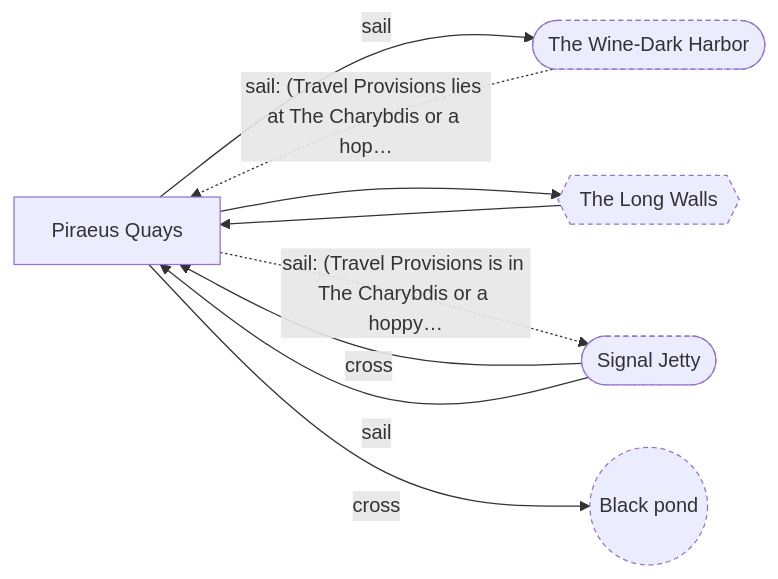
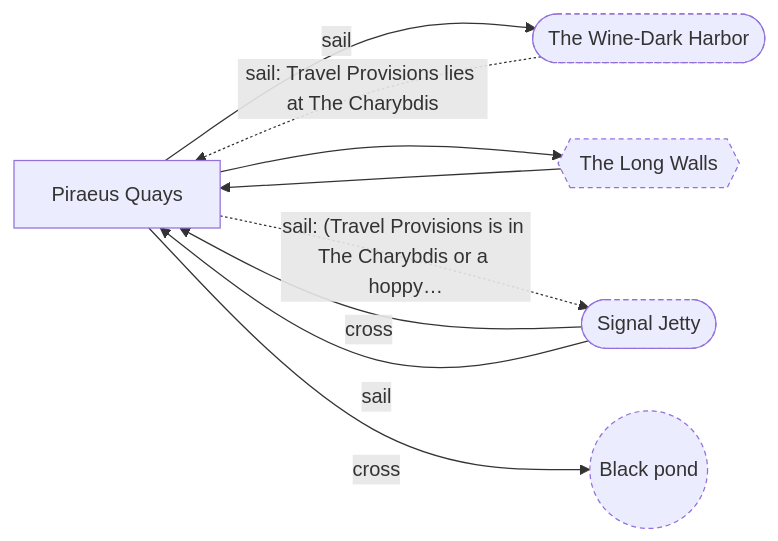
The ninth of 14 diagrams in docs/maps/greek-drama.md (cenetex/cosyworld), drawn with Mermaid before and after one commit. The commit also changed other lines of this file and 34 other files, not shown here.

First line of the commit message:
Greek audit fixes: Attica is simply there, Dione's door needs no Marathon, only provisions open harbor to Piraeus

````diff
--- a/docs/maps/greek-drama.md
+++ b/docs/maps/greek-drama.md
@@ -267,19 +267,19 @@
 ```mermaid
 flowchart LR
   %% Piraeus Quays
   n_greek_piraeus["Piraeus Quays"]
   n_greek_harbor(["The Wine-Dark Harbor"])
   n_greek_road_athens_piraeus{{"The Long Walls"}}
   n_hoppycat_signal_jetty(["Signal Jetty"])
   n_pond(("Black pond"))
-  n_greek_harbor -. "sail: (Travel Provisions lies at The Charybdis or a hop…" .-> n_greek_piraeus
+  n_greek_harbor -. "sail: Travel Provisions lies at The Charybdis" .-> n_greek_piraeus
   n_greek_piraeus -- "sail" --> n_greek_harbor
   n_greek_piraeus --> n_greek_road_athens_piraeus
   n_greek_piraeus -. "sail: (Travel Provisions is in The Charybdis or a hoppy…" .-> n_hoppycat_signal_jetty
   n_greek_piraeus -- "cross" --> n_pond
   n_greek_road_athens_piraeus --> n_greek_piraeus
   n_hoppycat_signal_jetty -- "cross" --> n_greek_piraeus
   n_hoppycat_signal_jetty -- "sail" --> n_greek_piraeus
   classDef stub stroke-dasharray: 4 3
   class n_greek_harbor,n_greek_road_athens_piraeus,n_hoppycat_signal_jetty,n_pond stub
 ```
````
